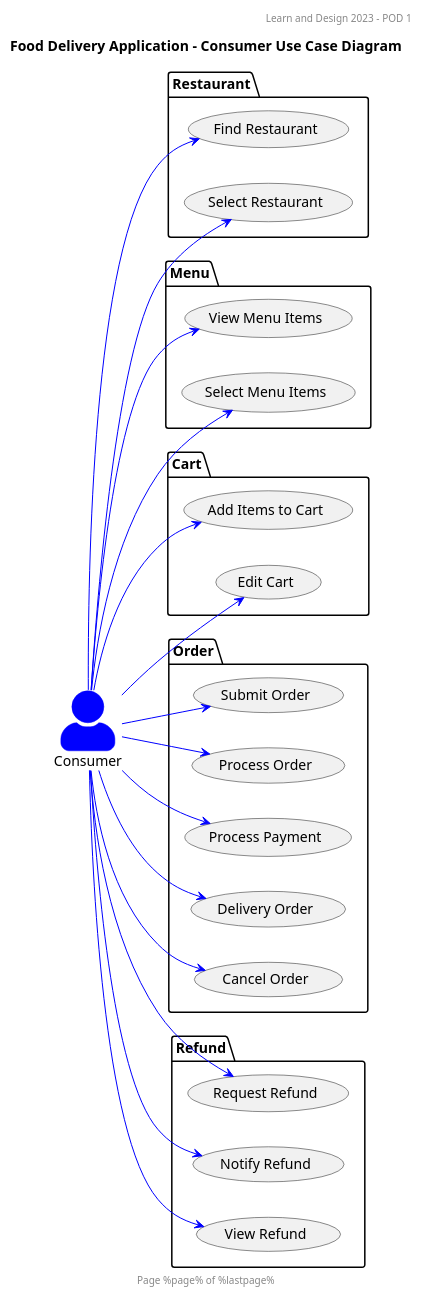
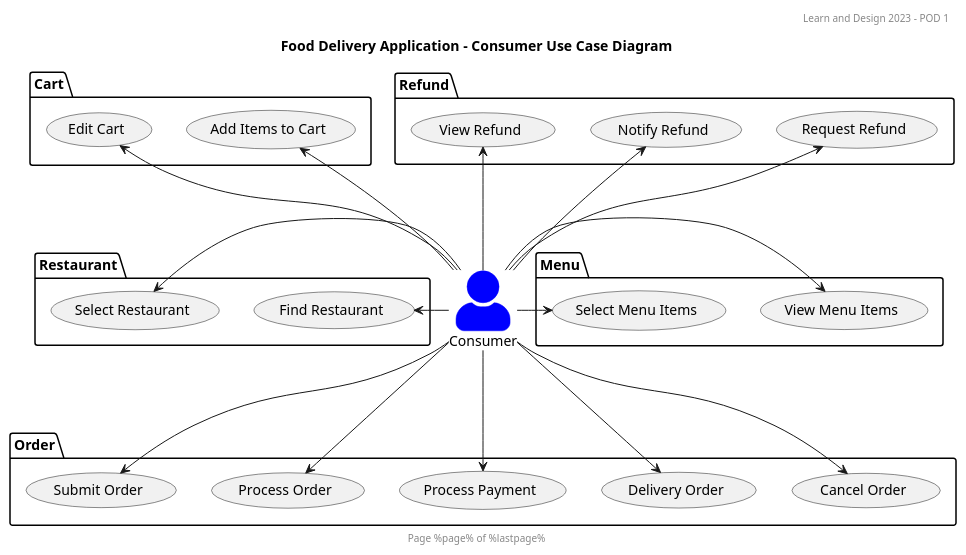
The diagram in UseCaseDiagrams/FoodDeliveryApp-Consumer-UseCases.puml (WestonDockstader/FoodDeliveryApp), drawn with PlantUML before and after one commit.

Commit message:
update to use case

```diff
--- a/UseCaseDiagrams/FoodDeliveryApp-Consumer-UseCases.puml
+++ b/UseCaseDiagrams/FoodDeliveryApp-Consumer-UseCases.puml
@@ -1,41 +1,41 @@
 @startuml
 header Learn and Design 2023 - POD 1
 footer Page %page% of %lastpage%
 title: Food Delivery Application - Consumer Use Case Diagram
 
 skinparam actorStyle awesome
 
-left to right direction
+/'left to right direction'/
 
 actor Consumer #blue;line:blue
 
 Package Restaurant {
-    Consumer -[#blue]-> (Find Restaurant)
-    Consumer -[#blue]-> (Select Restaurant)
+    Consumer -left-> (Find Restaurant)
+    Consumer -left-> (Select Restaurant)
 }
 
 Package Menu {
-    Consumer -[#blue]-> (View Menu Items)
-    Consumer -[#blue]-> (Select Menu Items)
+    Consumer -right-> (View Menu Items)
+    Consumer -right-> (Select Menu Items)
 }
 
 Package Cart {
-    Consumer -[#blue]-> (Add Items to Cart)
-    Consumer -[#blue]-> (Edit Cart)
+    Consumer --up-> (Add Items to Cart)
+    Consumer --up-> (Edit Cart)
 }
 
 Package Order {
-    Consumer -[#blue]-> (Submit Order)
-    Consumer -[#blue]-> (Process Order)
-    Consumer -[#blue]-> (Process Payment)
-    Consumer -[#blue]-> (Delivery Order)
-    Consumer -[#blue]-> (Cancel Order)
+    Consumer ---> (Submit Order)
+    Consumer ---> (Process Order)
+    Consumer ---> (Process Payment)
+    Consumer ---> (Delivery Order)
+    Consumer ---> (Cancel Order)
 }
 
 package Refund {
-    Consumer -[#blue]-> (Request Refund)
-    Consumer -[#blue]-> (Notify Refund)
-    Consumer -[#blue]-> (View Refund)
+    Consumer --up-> (Request Refund)
+    Consumer --up-> (Notify Refund)
+    Consumer --up-> (View Refund)
 }
 
 @enduml
```
